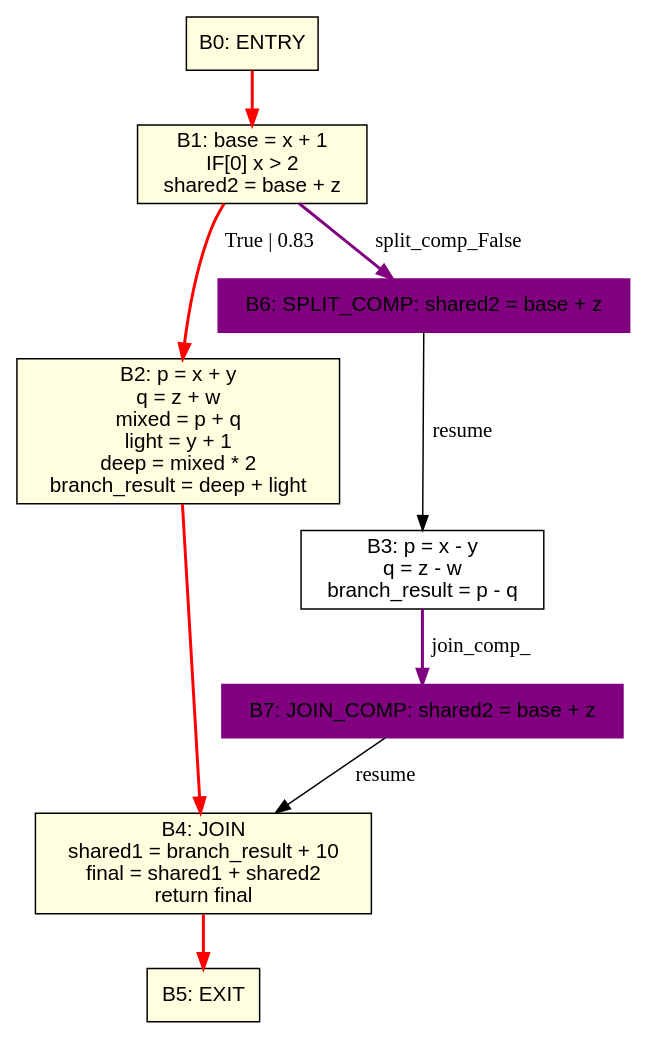
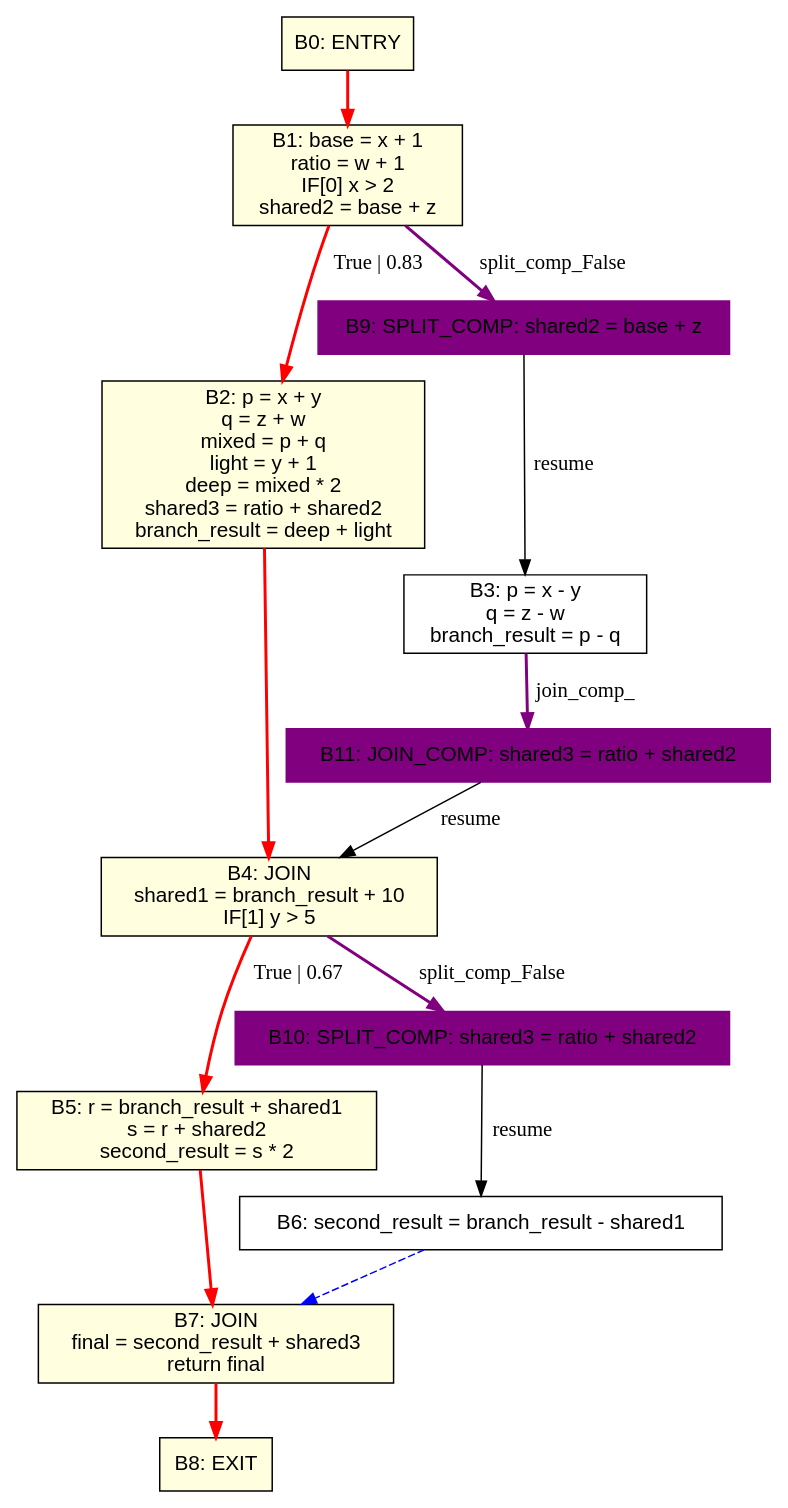
The diagram in TraceScheduling/optimized_trace.dot (drazicmi/Trace_scheduling_implementation), drawn with Graphviz before and after one commit. The commit also changed 16 other files, not shown here.

```diff
--- a/TraceScheduling/optimized_trace.dot
+++ b/TraceScheduling/optimized_trace.dot
@@ -1,20 +1,29 @@
 digraph CFG {
   rankdir=TB;
   node [shape=box, fontname=Helvetica];
   B0 [label="B0: ENTRY", style="filled", fillcolor="lightyellow"];
-  B1 [label="B1: base = x + 1\nIF[0] x > 2\nshared2 = base + z", style="filled", fillcolor="lightyellow"];
-  B2 [label="B2: p = x + y\nq = z + w\nmixed = p + q\nlight = y + 1\ndeep = mixed * 2\nbranch_result = deep + light", style="filled", fillcolor="lightyellow"];
+  B1 [label="B1: base = x + 1\nratio = w + 1\nIF[0] x > 2\nshared2 = base + z", style="filled", fillcolor="lightyellow"];
+  B2 [label="B2: p = x + y\nq = z + w\nmixed = p + q\nlight = y + 1\ndeep = mixed * 2\nshared3 = ratio + shared2\nbranch_result = deep + light", style="filled", fillcolor="lightyellow"];
   B3 [label="B3: p = x - y\nq = z - w\nbranch_result = p - q"];
-  B4 [label="B4: JOIN\nshared1 = branch_result + 10\nfinal = shared1 + shared2\nreturn final", style="filled", fillcolor="lightyellow"];
-  B5 [label="B5: EXIT", style="filled", fillcolor="lightyellow"];
-  B6 [label="B6: SPLIT_COMP: shared2 = base + z", color="purple", style="filled", fillcolor="purple"];
-  B7 [label="B7: JOIN_COMP: shared2 = base + z", color="purple", style="filled", fillcolor="purple"];
+  B4 [label="B4: JOIN\nshared1 = branch_result + 10\nIF[1] y > 5", style="filled", fillcolor="lightyellow"];
+  B5 [label="B5: r = branch_result + shared1\ns = r + shared2\nsecond_result = s * 2", style="filled", fillcolor="lightyellow"];
+  B6 [label="B6: second_result = branch_result - shared1"];
+  B7 [label="B7: JOIN\nfinal = second_result + shared3\nreturn final", style="filled", fillcolor="lightyellow"];
+  B8 [label="B8: EXIT", style="filled", fillcolor="lightyellow"];
+  B9 [label="B9: SPLIT_COMP: shared2 = base + z", color="purple", style="filled", fillcolor="purple"];
+  B10 [label="B10: SPLIT_COMP: shared3 = ratio + shared2", color="purple", style="filled", fillcolor="purple"];
+  B11 [label="B11: JOIN_COMP: shared3 = ratio + shared2", color="purple", style="filled", fillcolor="purple"];
   B0 -> B1 [color="red", penwidth=2.0];
   B1 -> B2 [label="True | 0.83", color="red", penwidth=2.0];
   B2 -> B4 [color="red", penwidth=2.0];
-  B4 -> B5 [color="red", penwidth=2.0];
-  B1 -> B6 [label="split_comp_False", color="purple", penwidth=2.0];
-  B6 -> B3 [label="resume"];
-  B3 -> B7 [label="join_comp_", color="purple", penwidth=2.0];
-  B7 -> B4 [label="resume"];
+  B4 -> B5 [label="True | 0.67", color="red", penwidth=2.0];
+  B5 -> B7 [color="red", penwidth=2.0];
+  B6 -> B7 [color="blue", style="dashed"];
+  B7 -> B8 [color="red", penwidth=2.0];
+  B1 -> B9 [label="split_comp_False", color="purple", penwidth=2.0];
+  B9 -> B3 [label="resume"];
+  B4 -> B10 [label="split_comp_False", color="purple", penwidth=2.0];
+  B10 -> B6 [label="resume"];
+  B3 -> B11 [label="join_comp_", color="purple", penwidth=2.0];
+  B11 -> B4 [label="resume"];
 }
```
